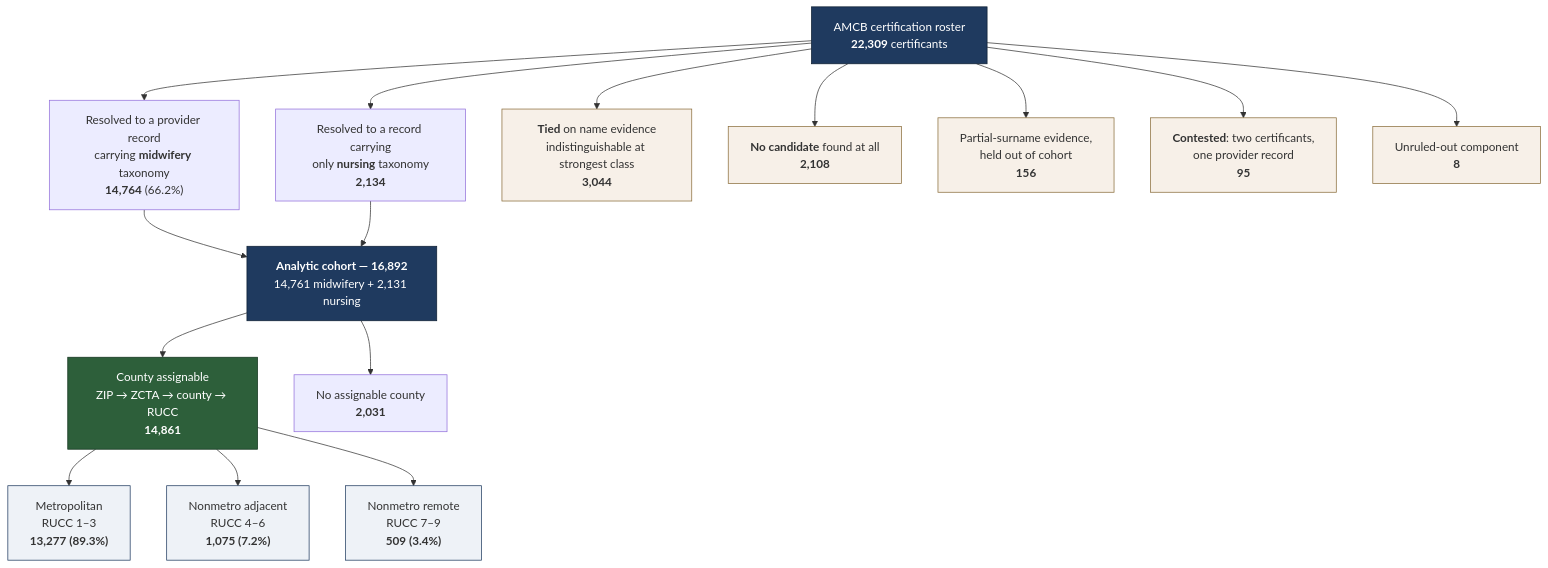
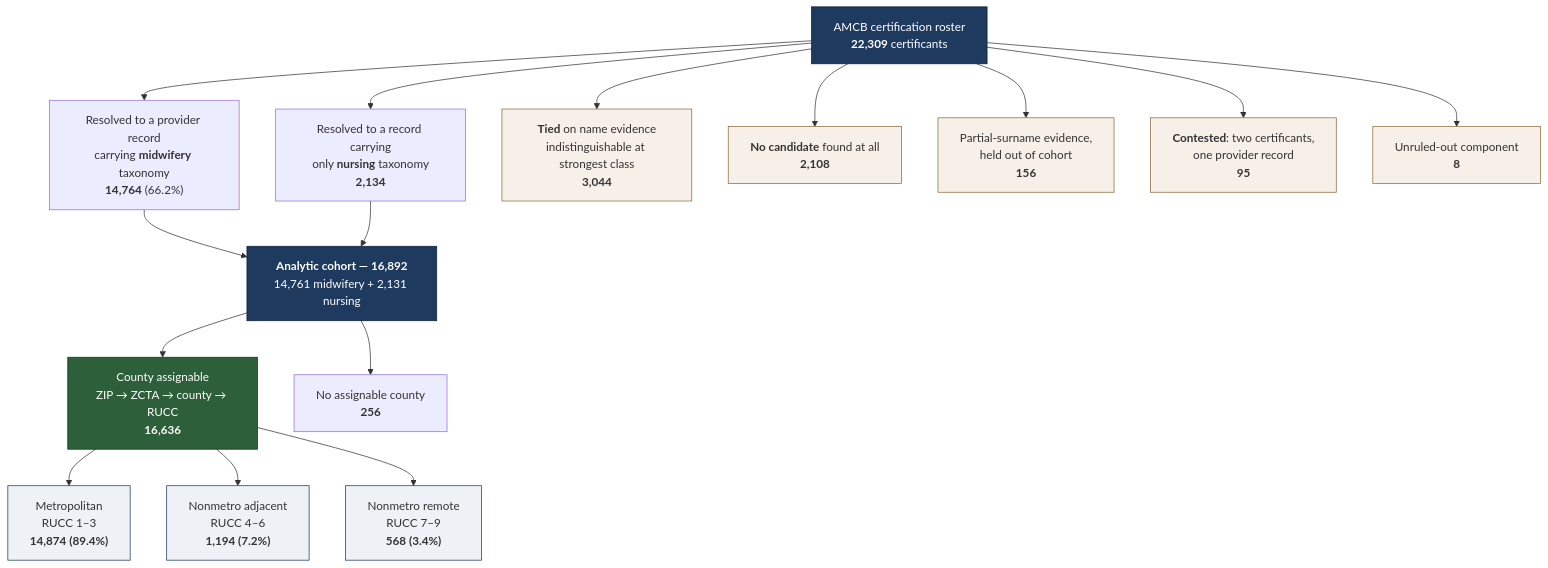
The diagram in docs/TECHNICAL_APPENDIX_RECORD_LINKAGE.md (mufflyt/midwifery), drawn with Mermaid before and after one commit. The commit also changed other lines of this file and 5 other files, not shown here.

````diff
--- a/docs/TECHNICAL_APPENDIX_RECORD_LINKAGE.md
+++ b/docs/TECHNICAL_APPENDIX_RECORD_LINKAGE.md
@@ -25,34 +25,34 @@
 ```mermaid
 flowchart TD
     R["AMCB certification roster<br/><b>22,309</b> certificants"]
 
     R --> M["Resolved to a provider record<br/>carrying <b>midwifery</b> taxonomy<br/><b>14,764</b> (66.2%)"]
     R --> N["Resolved to a record carrying<br/>only <b>nursing</b> taxonomy<br/><b>2,134</b>"]
     R --> T["<b>Tied</b> on name evidence<br/>indistinguishable at strongest class<br/><b>3,044</b>"]
     R --> U["<b>No candidate</b> found at all<br/><b>2,108</b>"]
     R --> H["Partial-surname evidence,<br/>held out of cohort<br/><b>156</b>"]
     R --> C["<b>Contested</b>: two certificants,<br/>one provider record<br/><b>95</b>"]
     R --> K["Unruled-out component<br/><b>8</b>"]
 
     M --> A["<b>Analytic cohort — 16,892</b><br/>14,761 midwifery + 2,131 nursing"]
     N --> A
 
-    A --> G["County assignable<br/>ZIP → ZCTA → county → RUCC<br/><b>14,861</b>"]
-    A --> X["No assignable county<br/><b>2,031</b>"]
+    A --> G["County assignable<br/>ZIP → ZCTA → county → RUCC<br/><b>16,636</b>"]
+    A --> X["No assignable county<br/><b>256</b>"]
 
-    G --> MET["Metropolitan<br/>RUCC 1–3<br/><b>13,277 (89.3%)</b>"]
-    G --> ADJ["Nonmetro adjacent<br/>RUCC 4–6<br/><b>1,075 (7.2%)</b>"]
-    G --> REM["Nonmetro remote<br/>RUCC 7–9<br/><b>509 (3.4%)</b>"]
+    G --> MET["Metropolitan<br/>RUCC 1–3<br/><b>14,874 (89.4%)</b>"]
+    G --> ADJ["Nonmetro adjacent<br/>RUCC 4–6<br/><b>1,194 (7.2%)</b>"]
+    G --> REM["Nonmetro remote<br/>RUCC 7–9<br/><b>568 (3.4%)</b>"]
 
     style R fill:#1f3a5f,color:#fff,stroke:#0d1f33
     style A fill:#1f3a5f,color:#fff,stroke:#0d1f33
     style G fill:#2d5f3a,color:#fff,stroke:#12331e
     style MET fill:#eef2f7,stroke:#1f3a5f
     style ADJ fill:#eef2f7,stroke:#1f3a5f
     style REM fill:#eef2f7,stroke:#1f3a5f
     style T fill:#f7f0e8,stroke:#8a6d3b
     style U fill:#f7f0e8,stroke:#8a6d3b
     style H fill:#f7f0e8,stroke:#8a6d3b
     style C fill:#f7f0e8,stroke:#8a6d3b
     style K fill:#f7f0e8,stroke:#8a6d3b
 ```
````
